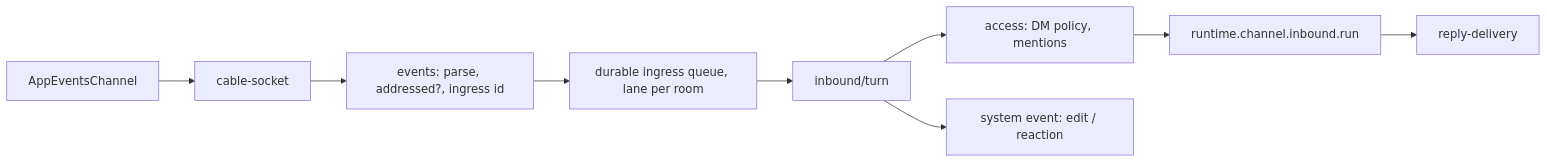
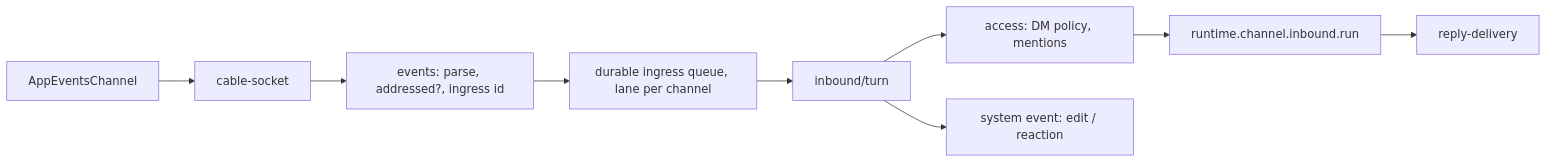
The diagram in docs/ARCHITECTURE.md (sabha-co/openclaw-sabha), drawn with Mermaid before and after one commit. The commit also changed other lines of this file and 46 other files, not shown here.

````diff
--- a/docs/ARCHITECTURE.md
+++ b/docs/ARCHITECTURE.md
@@ -40,11 +40,11 @@
 ```mermaid
 flowchart LR
   Cable[AppEventsChannel] --> Socket[cable-socket]
   Socket --> Events[events: parse, addressed?, ingress id]
-  Events --> Queue[durable ingress queue, lane per room]
+  Events --> Queue[durable ingress queue, lane per channel]
   Queue --> Turn[inbound/turn]
   Turn --> Access[access: DM policy, mentions]
   Access --> Run[runtime.channel.inbound.run]
   Run --> Reply[reply-delivery]
   Turn --> SysEvt[system event: edit / reaction]
 ```
````
